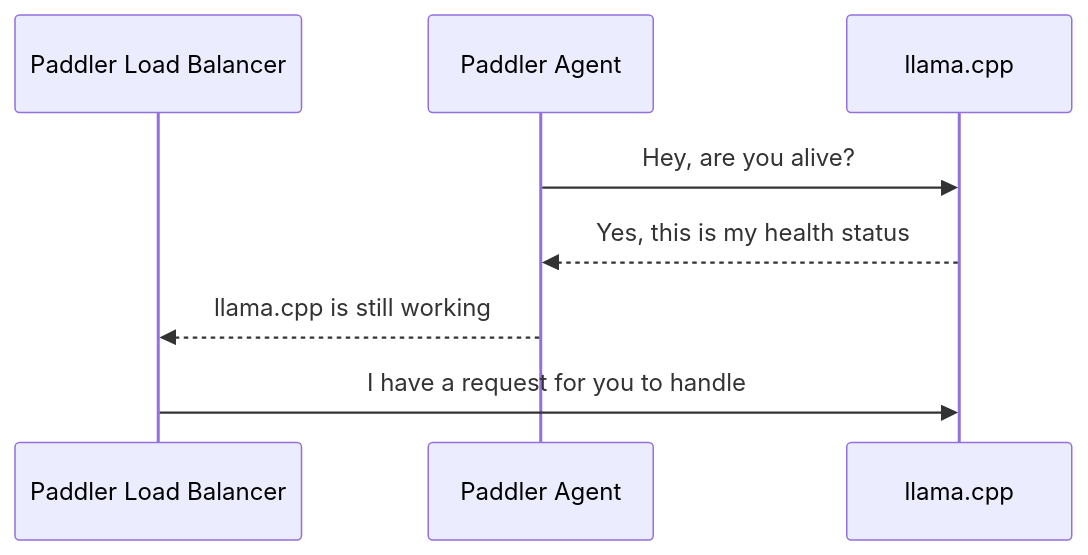
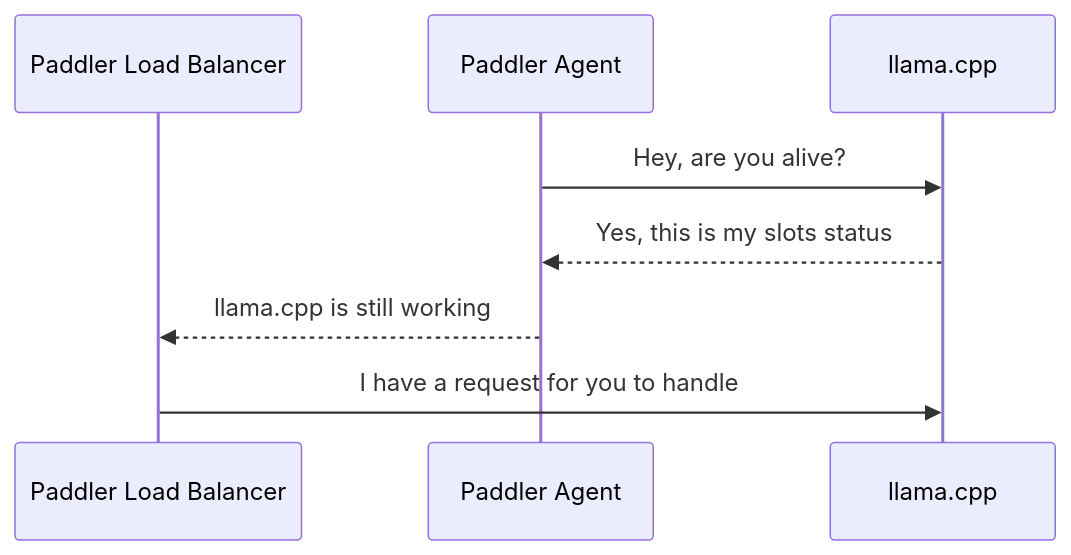
The diagram in README.md (distantmagic/paddler), drawn with Mermaid before and after one commit. The commit also changed other lines of this file and 15 other files, not shown here.

Commit message:
chore(#15): use aggregated slots status instead of health

````diff
--- a/README.md
+++ b/README.md
@@ -34,11 +34,11 @@
 ```mermaid
 sequenceDiagram
     participant loadbalancer as Paddler Load Balancer
     participant agent as Paddler Agent
     participant llamacpp as llama.cpp
 
     agent->>llamacpp: Hey, are you alive?
-    llamacpp-->>agent: Yes, this is my health status
+    llamacpp-->>agent: Yes, this is my slots status
     agent-->>loadbalancer: llama.cpp is still working
     loadbalancer->>llamacpp: I have a request for you to handle
 ```
````
